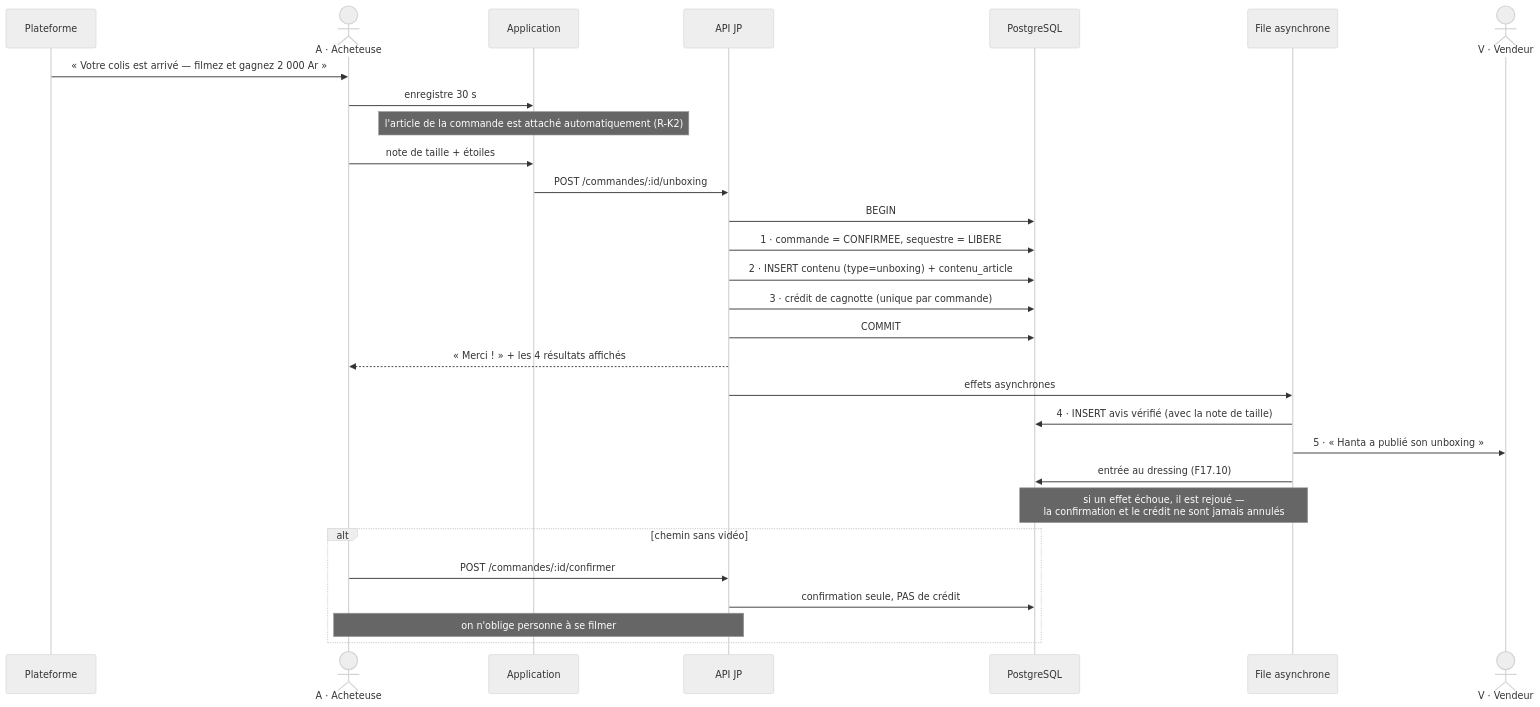
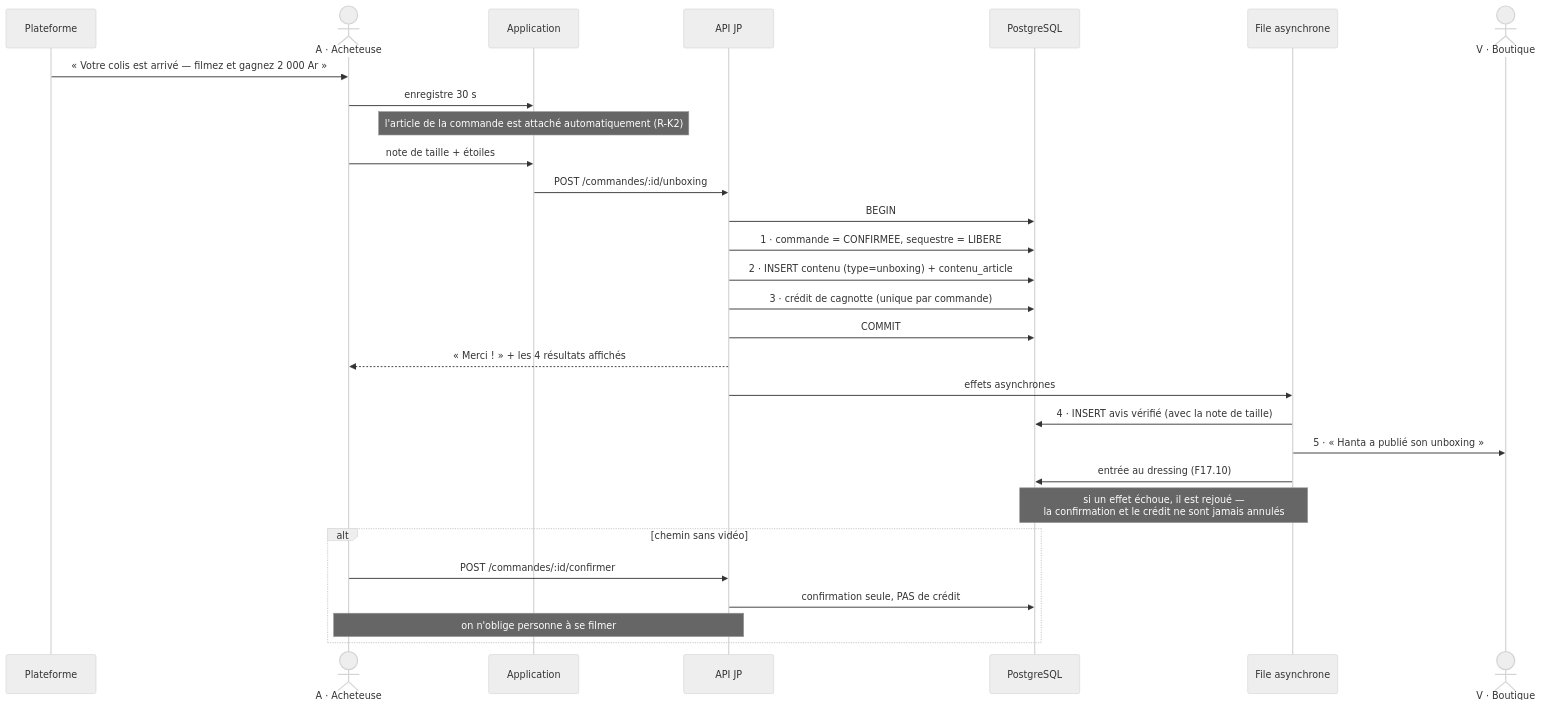
Diagram 17 of 26 in docs/JP_CAS_UTILISATION.md (andokevin/jp), drawn with Mermaid (neutral theme) before and after one commit. The commit also changed other lines of this file and 58 other files, not shown here.

````diff
--- a/docs/JP_CAS_UTILISATION.md
+++ b/docs/JP_CAS_UTILISATION.md
@@ -1557,36 +1292,36 @@
 ```mermaid
 sequenceDiagram
     participant SYS as Plateforme
     actor A as A · Acheteuse
     participant APP as Application
     participant API as API JP
     participant DB as PostgreSQL
     participant JOB as File asynchrone
-    actor V as V · Vendeur
+    actor V as V · Boutique
 
     SYS->>A: « Votre colis est arrivé — filmez et gagnez 2 000 Ar »
     A->>APP: enregistre 30 s
     Note over APP: l'article de la commande est attaché automatiquement (R-K2)
     A->>APP: note de taille + étoiles
     APP->>API: POST /commandes/:id/unboxing
 
     API->>DB: BEGIN
     API->>DB: 1 · commande = CONFIRMEE, sequestre = LIBERE
     API->>DB: 2 · INSERT contenu (type=unboxing) + contenu_article
     API->>DB: 3 · crédit de cagnotte (unique par commande)
     API->>DB: COMMIT
     API-->>A: « Merci ! » + les 4 résultats affichés
 
     API->>JOB: effets asynchrones
     JOB->>DB: 4 · INSERT avis vérifié (avec la note de taille)
     JOB->>V: 5 · « Hanta a publié son unboxing »
     JOB->>DB: entrée au dressing (F17.10)
 
     Note over JOB,DB: si un effet échoue, il est rejoué —<br/>la confirmation et le crédit ne sont jamais annulés
 
     alt chemin sans vidéo
         A->>API: POST /commandes/:id/confirmer
         API->>DB: confirmation seule, PAS de crédit
         Note over A,API: on n'oblige personne à se filmer
     end
 ```
````
